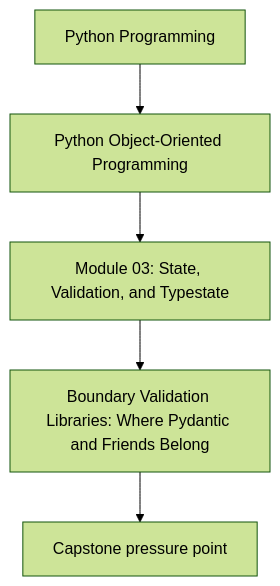
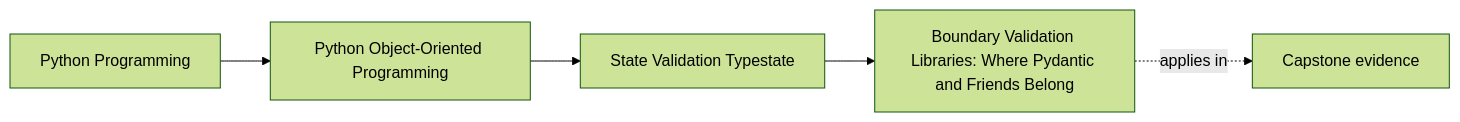
The first of 2 diagrams in programs/python-programming/python-object-oriented-programming/course-book/module-03-state-validation-typestate/boundary-validation-libraries.md (bijux/bijux-masterclass), drawn with Mermaid (forest theme) before and after one commit. The commit also changed other lines of this file and 65 other files, not shown here.

Commit message:
docs(python-object-oriented-programming): map object model and design foundations

````diff
--- a/programs/python-programming/python-object-oriented-programming/course-book/module-03-state-validation-typestate/boundary-validation-libraries.md
+++ b/programs/python-programming/python-object-oriented-programming/course-book/module-03-state-validation-typestate/boundary-validation-libraries.md
@@ -7,7 +7,11 @@
 ```mermaid
-flowchart TD
-  family["Python Programming"] --> program["Python Object-Oriented Programming"]
-  program --> module["Module 03: State, Validation, and Typestate"]
-  module --> concept["Boundary Validation Libraries: Where Pydantic and Friends Belong"]
-  concept --> capstone["Capstone pressure point"]
+graph LR
+  family["Python Programming"]
+  program["Python Object-Oriented Programming"]
+  section["State Validation Typestate"]
+  page["Boundary Validation Libraries: Where Pydantic and Friends Belong"]
+  capstone["Capstone evidence"]
+
+  family --> program --> section --> page
+  page -.applies in.-> capstone
 ```
````
